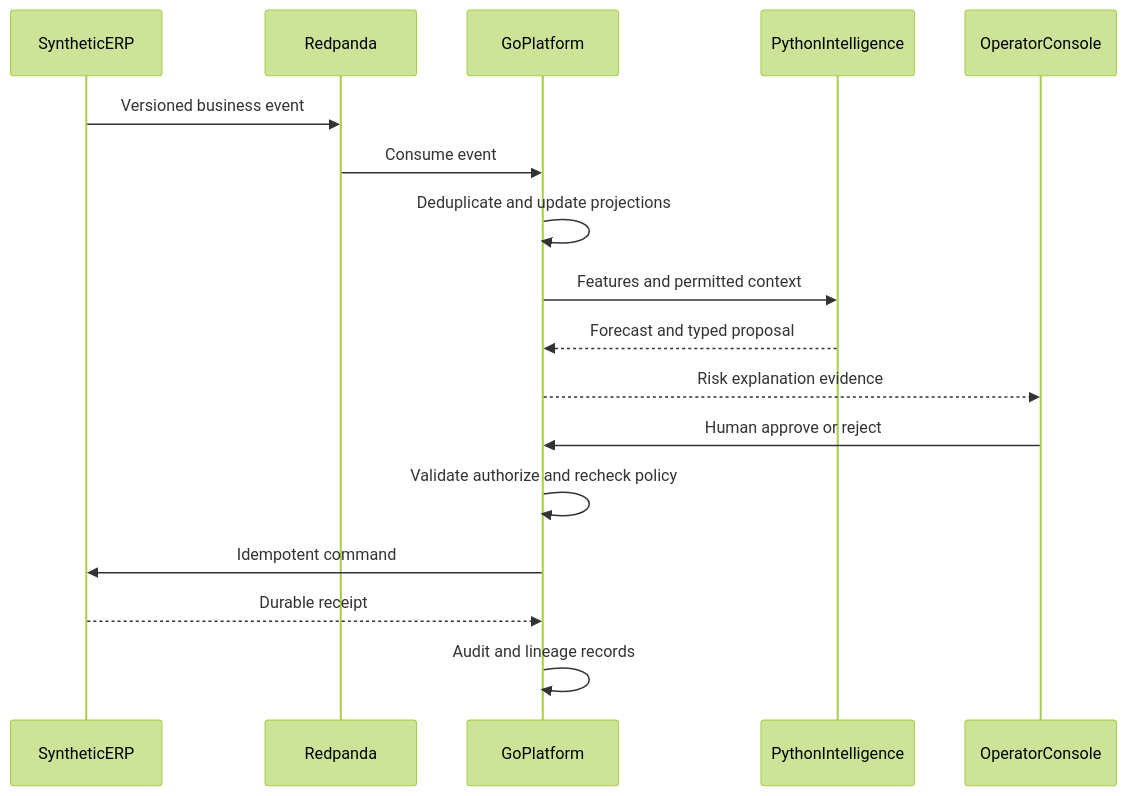
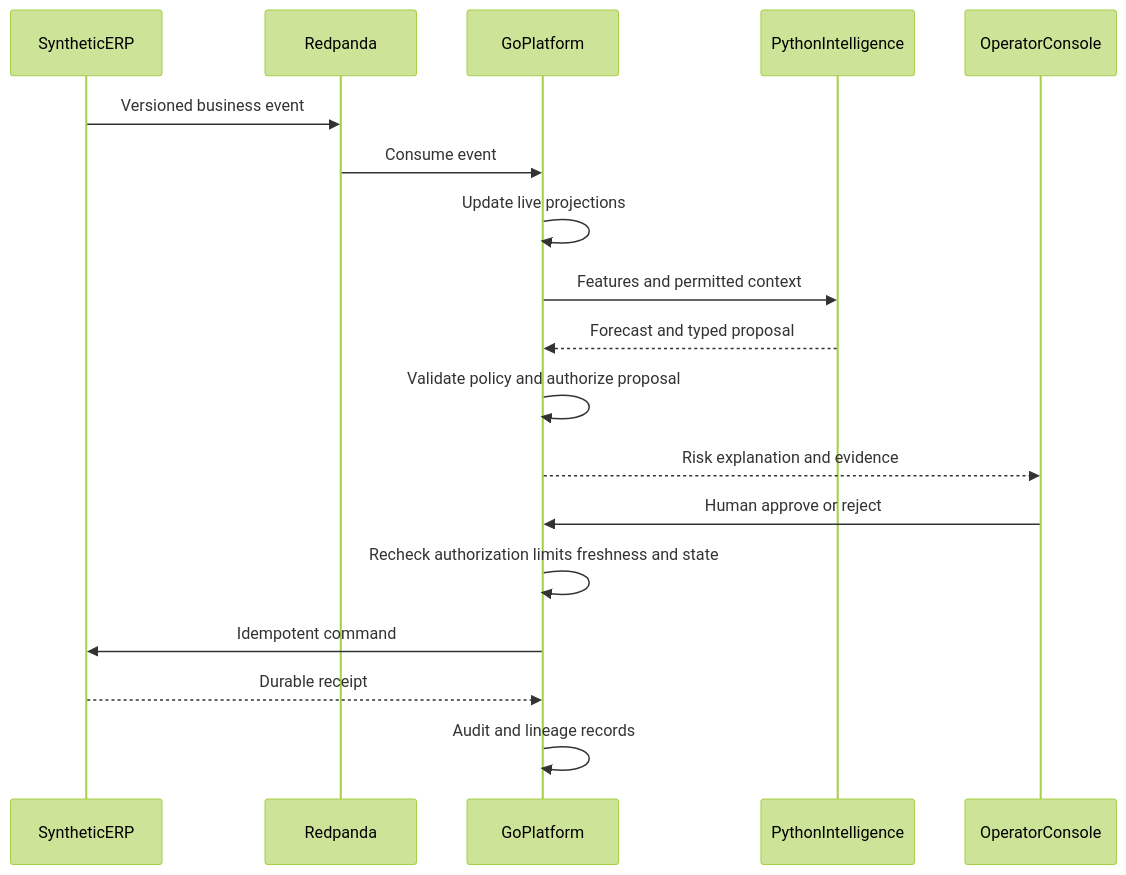
The third of 3 diagrams in ARCHITECTURE.md (G1DO/seshatops), drawn with Mermaid (forest theme) before and after one commit. The commit also changed other lines of this file and 2 other files, not shown here.

First line of the commit message:
docs: fix architecture review findings for Issue #3

````diff
--- a/ARCHITECTURE.md
+++ b/ARCHITECTURE.md
@@ -186,19 +186,20 @@
 ```mermaid
 sequenceDiagram
   participant ERP as SyntheticERP
   participant BUS as Redpanda
   participant GO as GoPlatform
   participant PY as PythonIntelligence
   participant UI as OperatorConsole
   ERP->>BUS: Versioned business event
   BUS->>GO: Consume event
-  GO->>GO: Deduplicate and update projections
+  GO->>GO: Update live projections
   GO->>PY: Features and permitted context
   PY-->>GO: Forecast and typed proposal
-  GO-->>UI: Risk explanation evidence
+  GO->>GO: Validate policy and authorize proposal
+  GO-->>UI: Risk explanation and evidence
   UI->>GO: Human approve or reject
-  GO->>GO: Validate authorize and recheck policy
+  GO->>GO: Recheck authorization limits freshness and state
   GO->>ERP: Idempotent command
   ERP-->>GO: Durable receipt
   GO->>GO: Audit and lineage records
 ```
````
